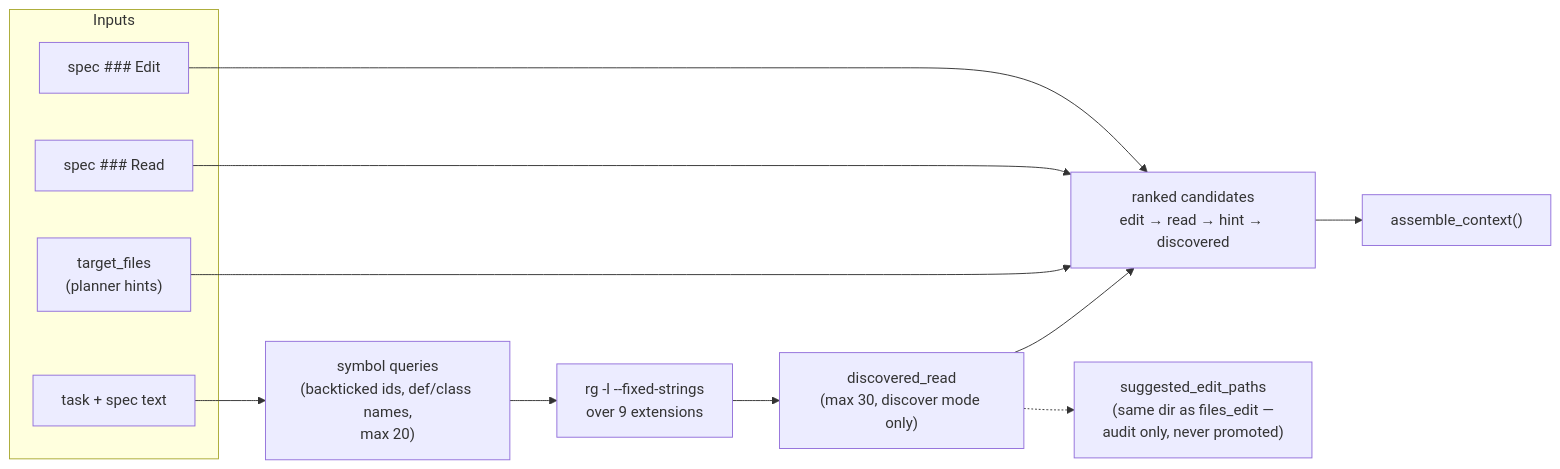
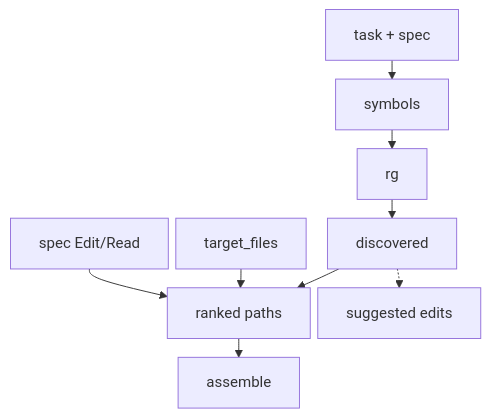
One commit to amirharati/mcp_coder changed the fifth of 7 diagrams in docs/guide/tutorials/04-context-compiler.md. Above: the diagram before and after it, drawn with Mermaid. The commit also changed other lines of this file, not shown here.

First line of the commit message:
docs(guide): compact T-04 mermaid diagrams

````diff
--- a/docs/guide/tutorials/04-context-compiler.md
+++ b/docs/guide/tutorials/04-context-compiler.md
@@ -394,18 +374,10 @@
 ```mermaid
-flowchart LR
-    subgraph IN["Inputs"]
-        SE["spec ### Edit"]
-        SR["spec ### Read"]
-        TF["target_files<br/>(planner hints)"]
-        TK["task + spec text"]
-    end
-    SE --> RANK
-    SR --> RANK
-    TF --> RANK
-    TK --> SY["symbol queries<br/>(backticked ids, def/class names,<br/>max 20)"]
-    SY --> RG["rg -l --fixed-strings<br/>over 9 extensions"]
-    RG --> DR["discovered_read<br/>(max 30, discover mode only)"]
-    DR --> RANK["ranked candidates<br/>edit → read → hint → discovered"]
-    DR -.-> SUG["suggested_edit_paths<br/>(same dir as files_edit —<br/>audit only, never promoted)"]
-    RANK --> OUT["assemble_context()"]
+%%{init: {'flowchart': {'nodeSpacing': 8, 'rankSpacing': 20}}}%%
+flowchart TB
+    SE[spec Edit/Read] --> RANK[ranked paths]
+    TF[target_files] --> RANK
+    TK[task + spec] --> SY[symbols] --> RG[rg] --> DR[discovered]
+    DR --> RANK
+    DR -.-> SUG[suggested edits]
+    RANK --> AS[assemble]
 ```
````
